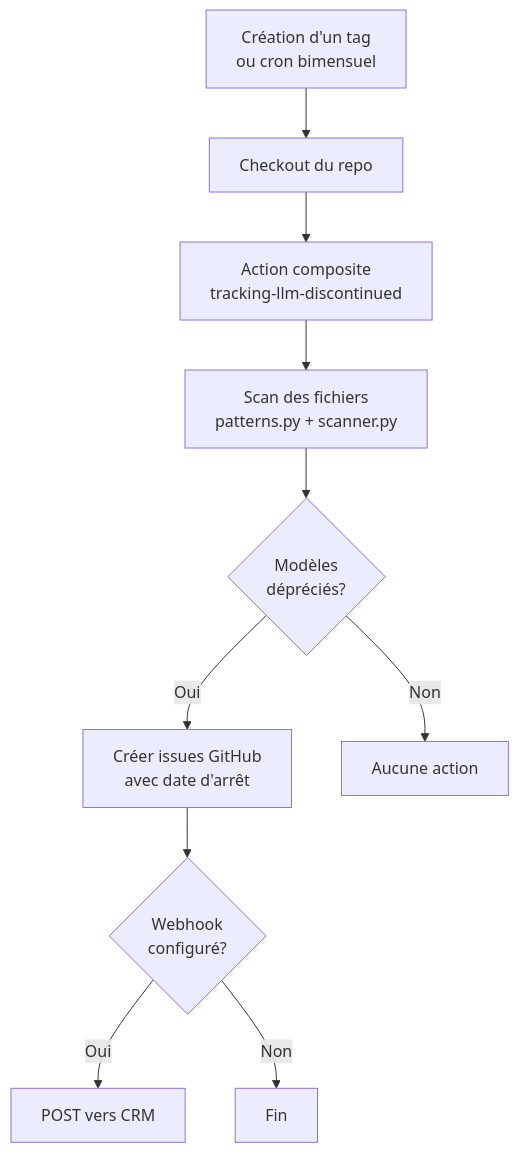
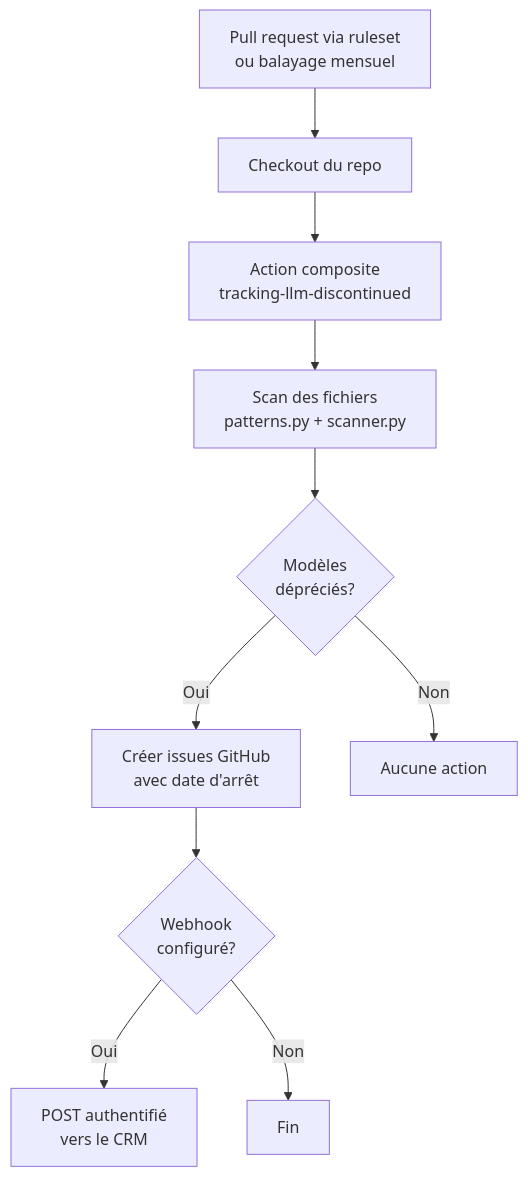
The first of 2 diagrams in README.md (Baseline-quebec/tracking-llm-discontinued), drawn with Mermaid before and after one commit. The commit also changed other lines of this file and 7 other files, not shown here.

````diff
--- a/README.md
+++ b/README.md
@@ -15,12 +15,12 @@
 ```mermaid
 flowchart TD
-    A[Création d'un tag<br>ou cron bimensuel] --> B[Checkout du repo]
+    A[Pull request via ruleset<br>ou balayage mensuel] --> B[Checkout du repo]
     B --> C[Action composite<br>tracking-llm-discontinued]
     C --> D[Scan des fichiers<br>patterns.py + scanner.py]
     D --> E{Modèles<br>dépréciés?}
     E -->|Oui| F[Créer issues GitHub<br>avec date d'arrêt]
     F --> H{Webhook<br>configuré?}
-    H -->|Oui| I[POST vers CRM]
+    H -->|Oui| I[POST authentifié<br>vers le CRM]
     H -->|Non| J[Fin]
     E -->|Non| G[Aucune action]
 ```
````
